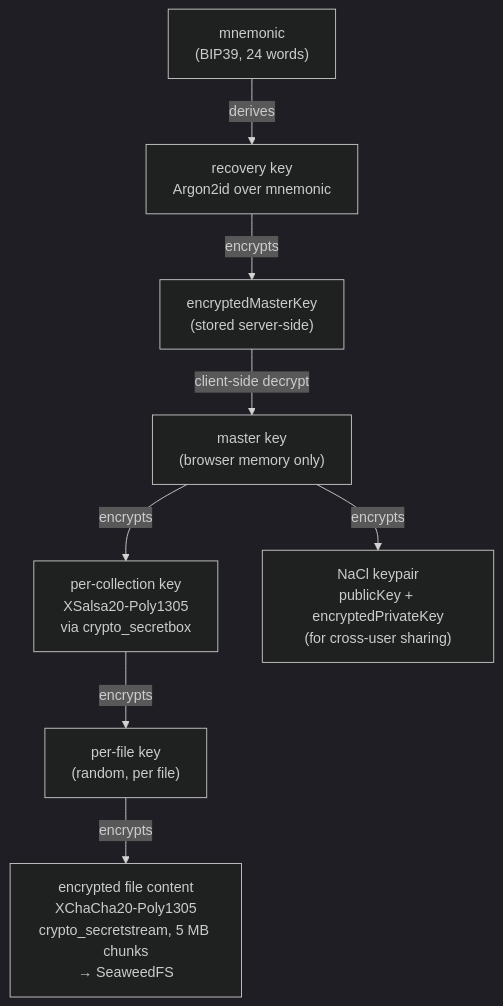
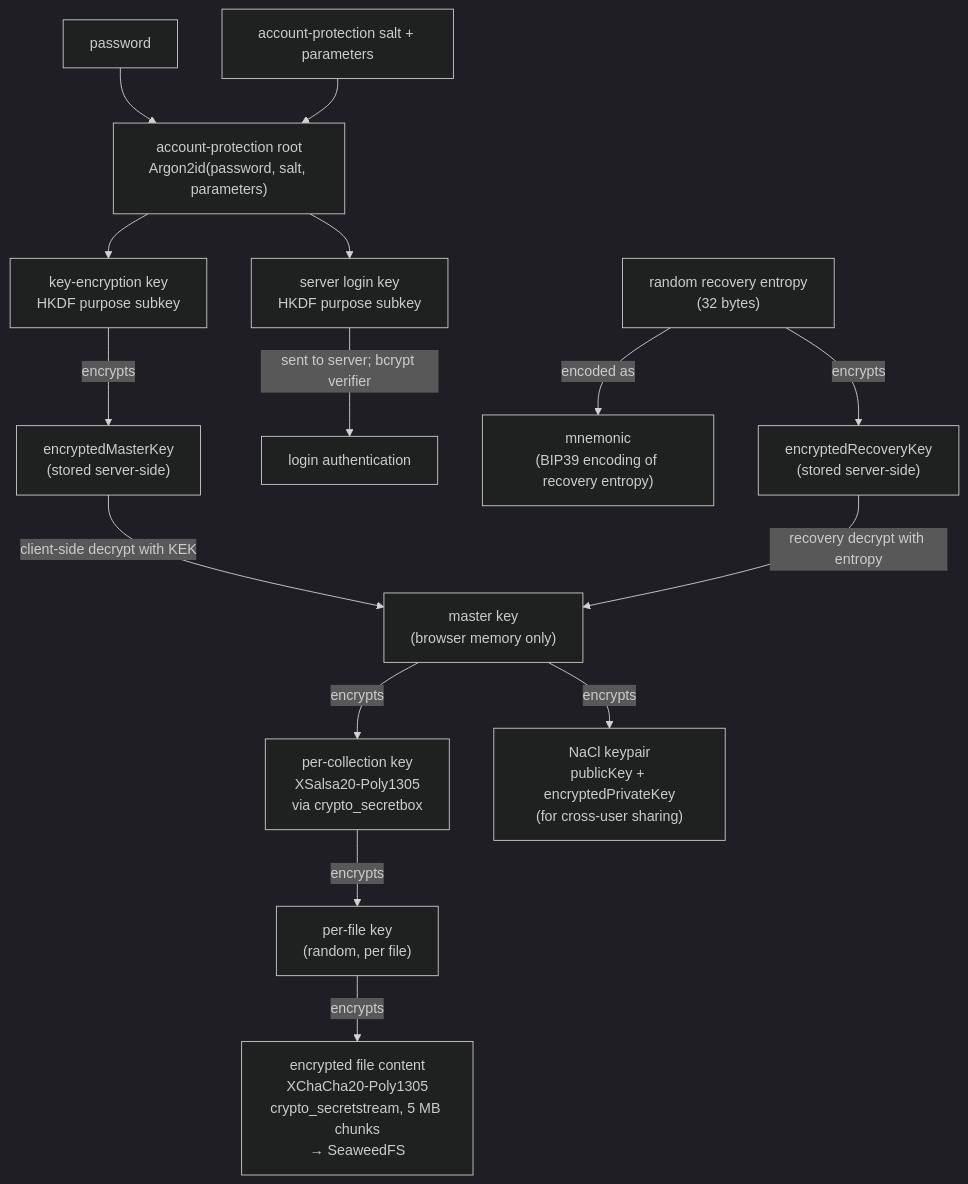
One commit to kutupbt/kutup changed the first of 4 diagrams in docs/architecture.md. Above: the diagram before and after it, drawn with Mermaid (dark theme). The commit also changed other lines of this file and 7 other files, not shown here.

Commit message:
Freeze simplified V1 cryptographic architecture

````diff
--- a/docs/architecture.md
+++ b/docs/architecture.md
@@ -21,19 +22,32 @@
 ```mermaid
 flowchart TD
-    M["mnemonic<br/>(BIP39, 24 words)"]
-    R["recovery key<br/>Argon2id over mnemonic"]
+    P["password"]
+    APS["account-protection salt + parameters"]
+    APR["account-protection root<br/>Argon2id(password, salt, parameters)"]
+    KEK["key-encryption key<br/>HKDF purpose subkey"]
+    LK["server login key<br/>HKDF purpose subkey"]
+    RE["random recovery entropy<br/>(32 bytes)"]
+    M["mnemonic<br/>(BIP39 encoding of recovery entropy)"]
     EMK["encryptedMasterKey<br/>(stored server-side)"]
+    ERK["encryptedRecoveryKey<br/>(stored server-side)"]
     MK["master key<br/>(browser memory only)"]
     CK["per-collection key<br/>XSalsa20-Poly1305<br/>via crypto_secretbox"]
     NACL["NaCl keypair<br/>publicKey + encryptedPrivateKey<br/>(for cross-user sharing)"]
     FK["per-file key<br/>(random, per file)"]
     BLOB["encrypted file content<br/>XChaCha20-Poly1305<br/>crypto_secretstream, 5 MB chunks<br/>→ SeaweedFS"]
 
-    M -->|derives| R
-    R -->|encrypts| EMK
-    EMK -->|client-side decrypt| MK
+    P --> APR
+    APS --> APR
+    APR --> KEK
+    APR --> LK
+    LK -->|sent to server; bcrypt verifier| AUTH["login authentication"]
+    RE -->|encoded as| M
+    KEK -->|encrypts| EMK
+    RE -->|encrypts| ERK
+    EMK -->|client-side decrypt with KEK| MK
+    ERK -->|recovery decrypt with entropy| MK
     MK -->|encrypts| CK
     MK -->|encrypts| NACL
     CK -->|encrypts| FK
     FK -->|encrypts| BLOB
 ```
````
